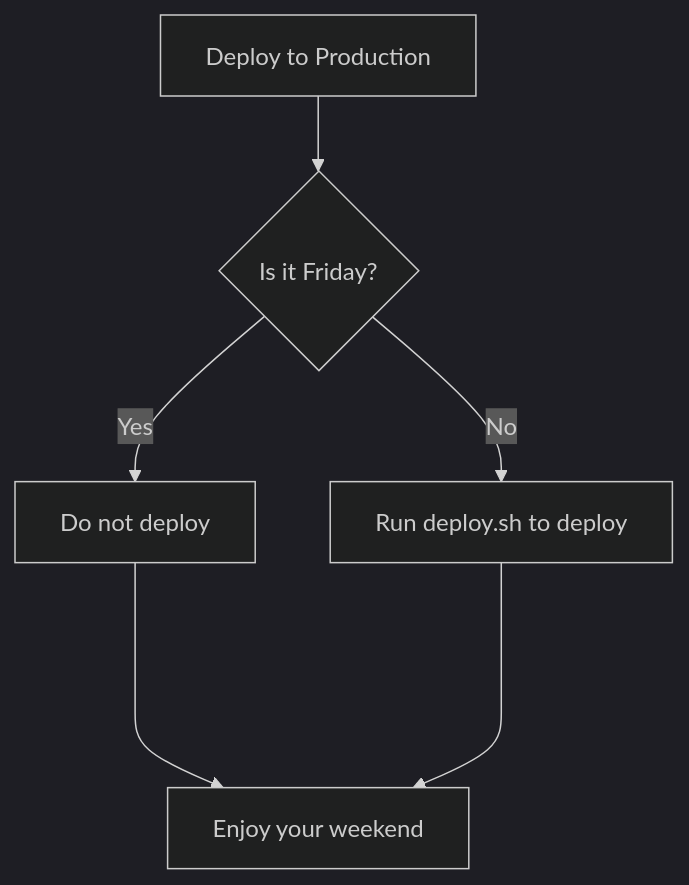
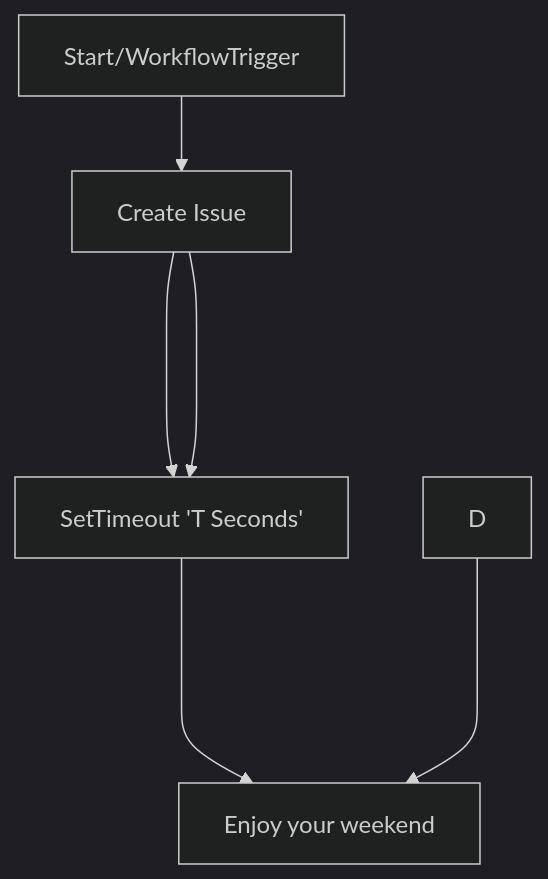
The diagram in README.md (yog-labs/custom-starter-template), drawn with Mermaid (dark theme) before and after one commit.

````diff
--- a/README.md
+++ b/README.md
@@ -45,8 +45,8 @@
 ```mermaid
 flowchart TD
-    A[Deploy to Production] --> B{Is it Friday?};
-    B -- Yes --> C[Do not deploy];
-    B -- No  --> D[Run deploy.sh to deploy]
+    A[Start/WorkflowTrigger] --> B[Create Issue];
+    B ----> C[SetInterval 'P Seconds'];
+    B ----> C[SetTimeout 'T Seconds'];
     C ----> E[Enjoy your weekend];
     D ----> E[Enjoy your weekend];
 ```
````
